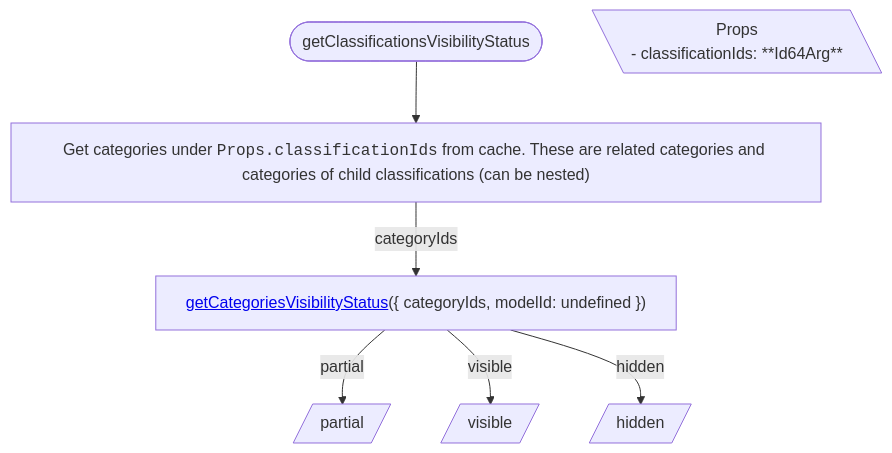
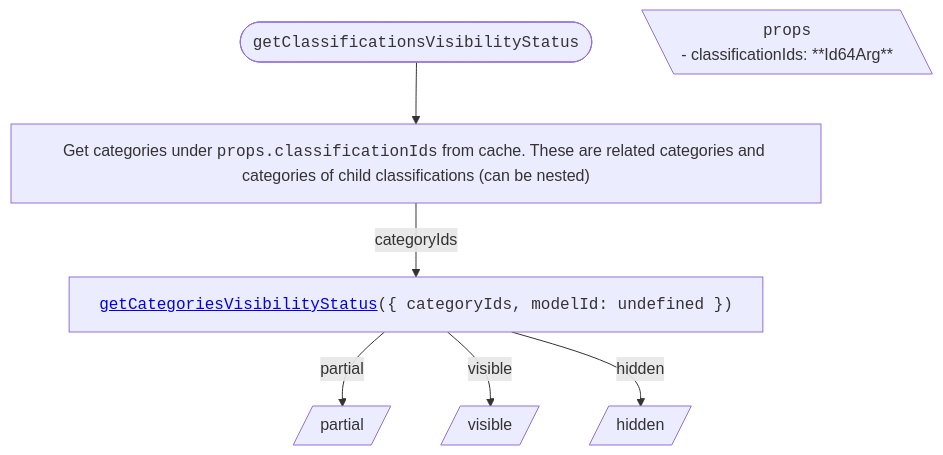
Before and after one commit to iTwin/viewer-components-react: the second of 2 diagrams in packages/itwin/tree-widget/docs/ClassificationsTreeVisibilityHandling.md, drawn with Mermaid. The commit also changed other lines of this file and 4 other files, not shown here.

````diff
--- a/packages/itwin/tree-widget/docs/ClassificationsTreeVisibilityHandling.md
+++ b/packages/itwin/tree-widget/docs/ClassificationsTreeVisibilityHandling.md
@@ -47,28 +55,28 @@
 ```mermaid
 ---
 config:
   flowchart:
     wrappingWidth: 750
     useMaxWidth: false
 ---
 
 flowchart TD
   RESULT_Partial[/partial/]
   RESULT_Visible[/visible/]
   RESULT_Hidden[/hidden/]
 
   %% Start
-  TITLE([getClassificationsVisibilityStatus]) --> A["Get categories under <code>Props.classificationIds</code> from cache. These are related categories and categories of child classifications (can be nested)"]
+  TITLE(["<code>getClassificationsVisibilityStatus</code>"]) --> A["Get categories under <code>props.classificationIds</code> from cache. These are related categories and categories of child classifications (can be nested)"]
 
   PROPS[\"
-    Props
+    <code>props</code>
     <div style='text-align: left;'>- classificationIds: **Id64Arg**</div>
   "\]
 
-  A -- categoryIds --> B["<a href='./SharedVisibilityHandling.md#getcategoriesvisibilitystatus'>getCategoriesVisibilityStatus</a>({ categoryIds, modelId: undefined })"]
+  A -- categoryIds --> B["<code><a href='./SharedVisibilityHandling.md#getcategoriesvisibilitystatus'>getCategoriesVisibilityStatus</a>({ categoryIds, modelId: undefined })</code>"]
 
   %% Results
   B -- partial --> RESULT_Partial
   B -- visible --> RESULT_Visible
   B -- hidden --> RESULT_Hidden
 ```
````
